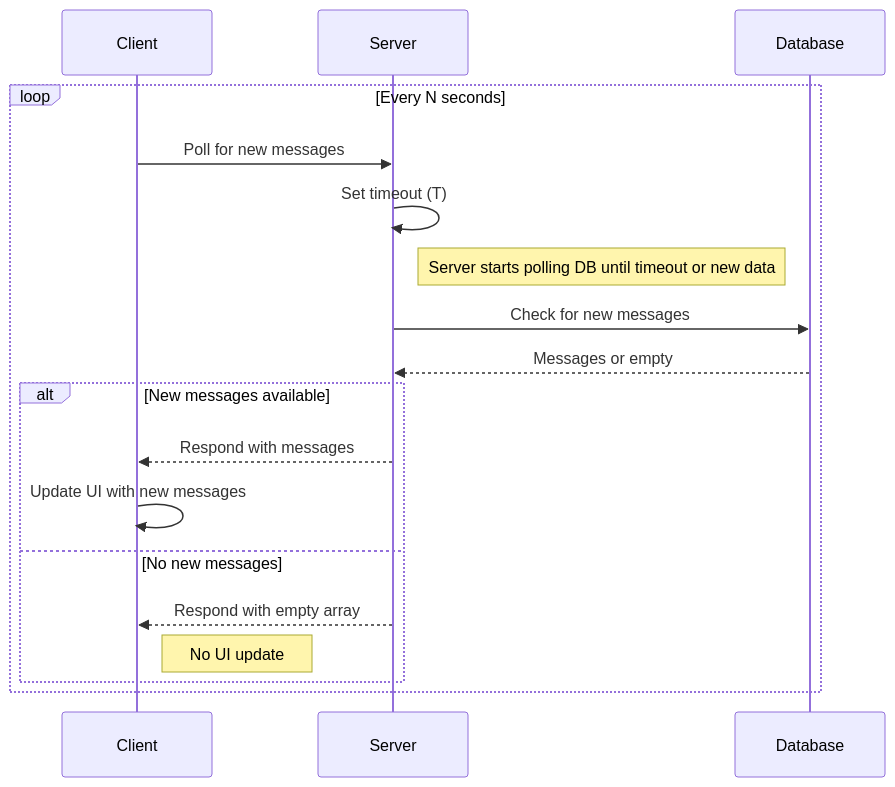
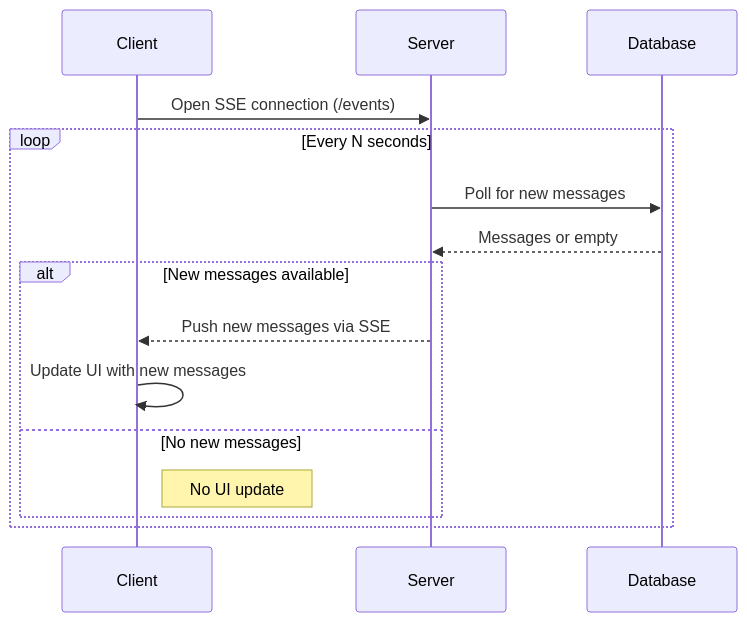
Before and after one commit to Zomino/realtime-patterns: the diagram in sse/README.md, drawn with Mermaid. The commit also changed other lines of this file and 2 other files, not shown here.

Commit message:
Complete SSE example

````diff
--- a/sse/README.md
+++ b/sse/README.md
@@ -11,24 +11,19 @@
 ```mermaid
 sequenceDiagram
     participant Client
     participant Server
     participant Database
 
+    Client->>Server: Open SSE connection (/events)
     loop Every N seconds
-        Client->>Server: Poll for new messages
-        Server->>Server: Set timeout (T)
-        Note right of Server: Server starts polling DB until timeout or new data
-
-        Server->>Database: Check for new messages
+        Server->>Database: Poll for new messages
         Database-->>Server: Messages or empty
 
         alt New messages available
-            Server-->>Client: Respond with messages
+            Server-->>Client: Push new messages via SSE
             Client->>Client: Update UI with new messages
         else No new messages
-            Server-->>Client: Respond with empty array
             Note right of Client: No UI update
         end
     end
-
 ```
````
